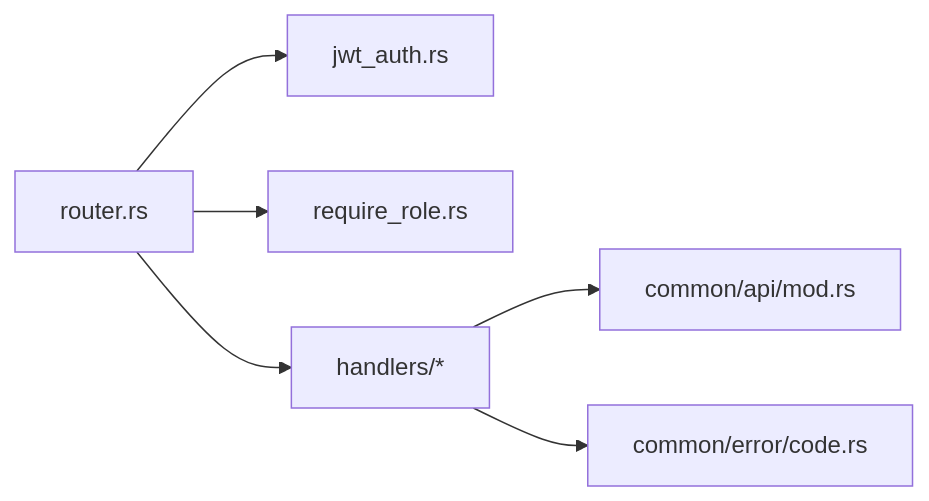
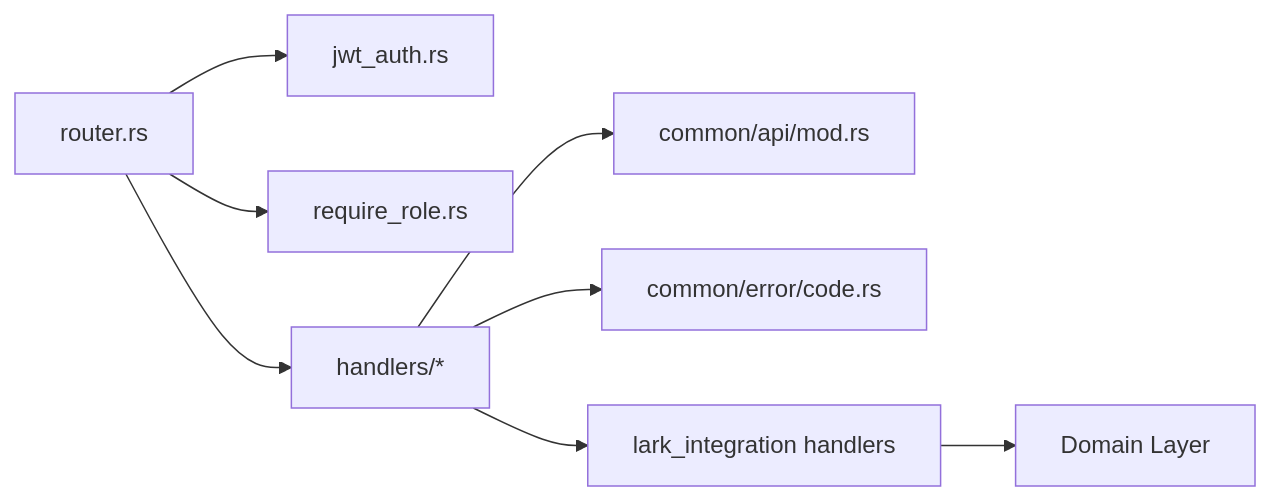
One commit to runningcoders/ai_orz changed the third of 3 diagrams in .qoder/repowiki/zh/content/API 参考/RESTful API/RESTful API.md. Above: the diagram before and after it, drawn with Mermaid. The commit also changed other lines of this file and 9 other files, not shown here.

````diff
--- a/.qoder/repowiki/zh/content/API 参考/RESTful API/RESTful API.md
+++ b/.qoder/repowiki/zh/content/API 参考/RESTful API/RESTful API.md
@@ -417,8 +529,10 @@
 ```mermaid
 graph LR
 R["router.rs"] --> J["jwt_auth.rs"]
 R --> Q["require_role.rs"]
 R --> H["handlers/*"]
 H --> U["common/api/mod.rs"]
 H --> E["common/error/code.rs"]
+H --> L["lark_integration handlers"]
+L --> D["Domain Layer"]
 ```
````
